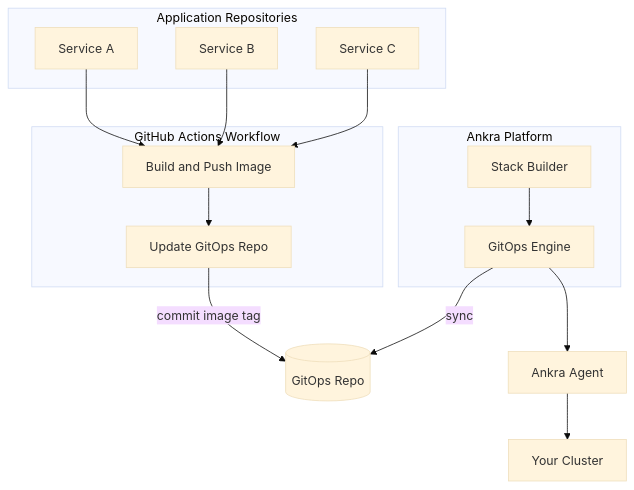
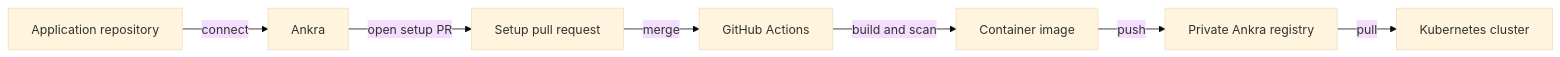
Before and after one commit to ankraio/ankra-docs: the diagram in guides/cicd-pipeline.mdx, drawn with Mermaid (base theme). The commit also changed other lines of this file and 3 other files, not shown here.

First line of the commit message:
docs: applications build to the private Ankra registry (GHCR cut)

````diff
--- a/guides/cicd-pipeline.mdx
+++ b/guides/cicd-pipeline.mdx
@@ -14,33 +14,9 @@
 ```mermaid
-flowchart TB
-    subgraph AppRepos [Application Repositories]
-        ServiceA[Service A]
-        ServiceB[Service B]
-        ServiceC[Service C]
-    end
-
-    subgraph CI [GitHub Actions Workflow]
-        Build[Build and Push Image]
-        Update[Update GitOps Repo]
-    end
-
-    GitOps[(GitOps Repo)]
-
-    subgraph Ankra [Ankra Platform]
-        StackBuilder[Stack Builder]
-        Engine[GitOps Engine]
-    end
-
-    Agent[Ankra Agent]
-    Cluster[Your Cluster]
-
-    ServiceA --> Build
-    ServiceB --> Build
-    ServiceC --> Build
-    Build --> Update
-    Update -->|commit image tag| GitOps
-    StackBuilder --> Engine
-    Engine -->|sync| GitOps
-    Engine --> Agent
-    Agent --> Cluster
+flowchart LR
+    Repo[Application repository] -->|connect| Ankra
+    Ankra -->|open setup PR| PR[Setup pull request]
+    PR -->|merge| Actions[GitHub Actions]
+    Actions -->|build and scan| Image[Container image]
+    Image -->|push| Registry[Private Ankra registry]
+    Registry -->|pull| Cluster[Kubernetes cluster]
 ```
````
